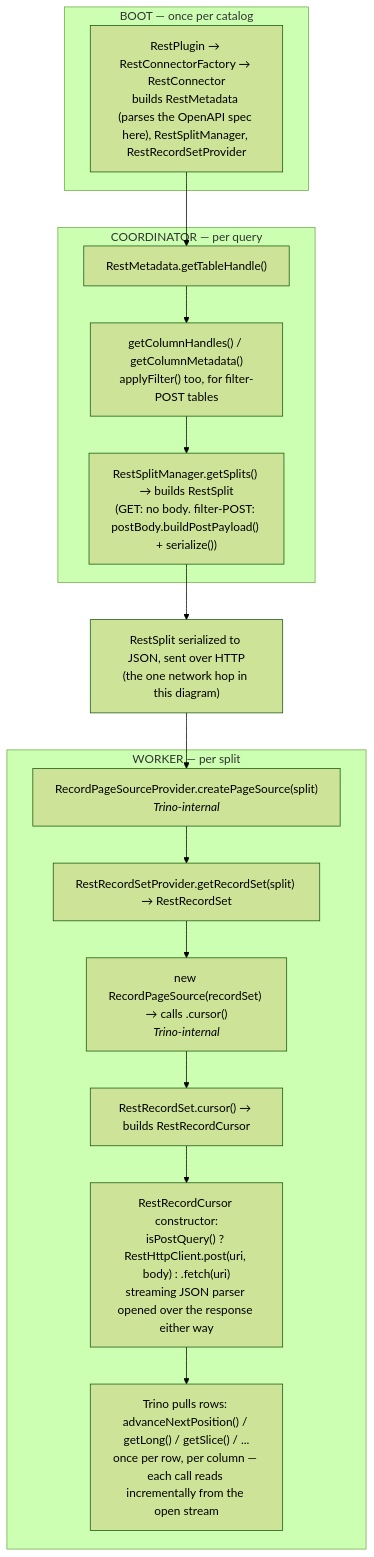
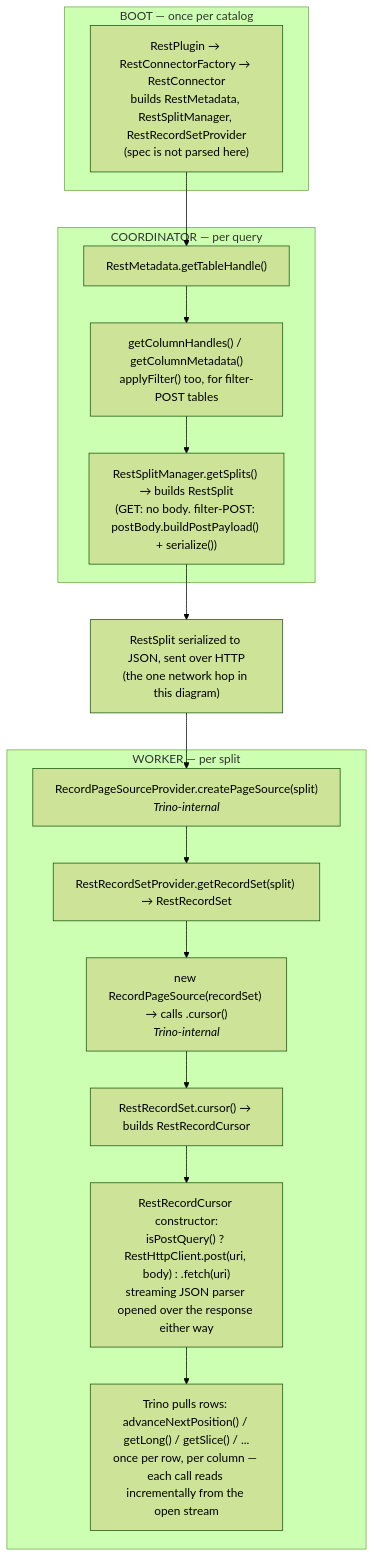
Before and after one commit to taleisa/trino-rest: the first of 2 diagrams in docs/ARCHITECTURE.md, drawn with Mermaid (forest theme). The commit also changed other lines of this file, not shown here.

Commit message:
docs(ARCHITECTURE.md): update to reflect moving openapi schema parsing to coordinator

````diff
--- a/docs/ARCHITECTURE.md
+++ b/docs/ARCHITECTURE.md
@@ -70,28 +72,28 @@
 ```mermaid
 flowchart TD
     subgraph Boot["BOOT — once per catalog"]
-        A["RestPlugin → RestConnectorFactory → RestConnector<br/>builds RestMetadata (parses the OpenAPI spec here), RestSplitManager, RestRecordSetProvider"]
+        A["RestPlugin → RestConnectorFactory → RestConnector<br/>builds RestMetadata, RestSplitManager, RestRecordSetProvider<br/>(spec is not parsed here)"]
     end
 
     subgraph Coordinator["COORDINATOR — per query"]
         B["RestMetadata.getTableHandle()"]
         C["getColumnHandles() / getColumnMetadata()<br/>applyFilter() too, for filter-POST tables"]
         D["RestSplitManager.getSplits() → builds RestSplit<br/>(GET: no body. filter-POST: postBody.buildPostPayload() + serialize())"]
         B --> C --> D
     end
 
     E["RestSplit serialized to JSON, sent over HTTP<br/>(the one network hop in this diagram)"]
 
     subgraph Worker["WORKER — per split"]
         F["RecordPageSourceProvider.createPageSource(split)<br/><i>Trino-internal</i>"]
         G["RestRecordSetProvider.getRecordSet(split) → RestRecordSet"]
         H["new RecordPageSource(recordSet) → calls .cursor()<br/><i>Trino-internal</i>"]
         I["RestRecordSet.cursor() → builds RestRecordCursor"]
         J["RestRecordCursor constructor:<br/>isPostQuery() ? RestHttpClient.post(uri, body) : .fetch(uri)<br/>streaming JSON parser opened over the response either way"]
         K["Trino pulls rows: advanceNextPosition() / getLong() / getSlice() / ...<br/>once per row, per column — each call reads incrementally from the open stream"]
         F --> G --> H --> I --> J --> K
     end
 
     A --> B
     D --> E --> F
 ```
````
